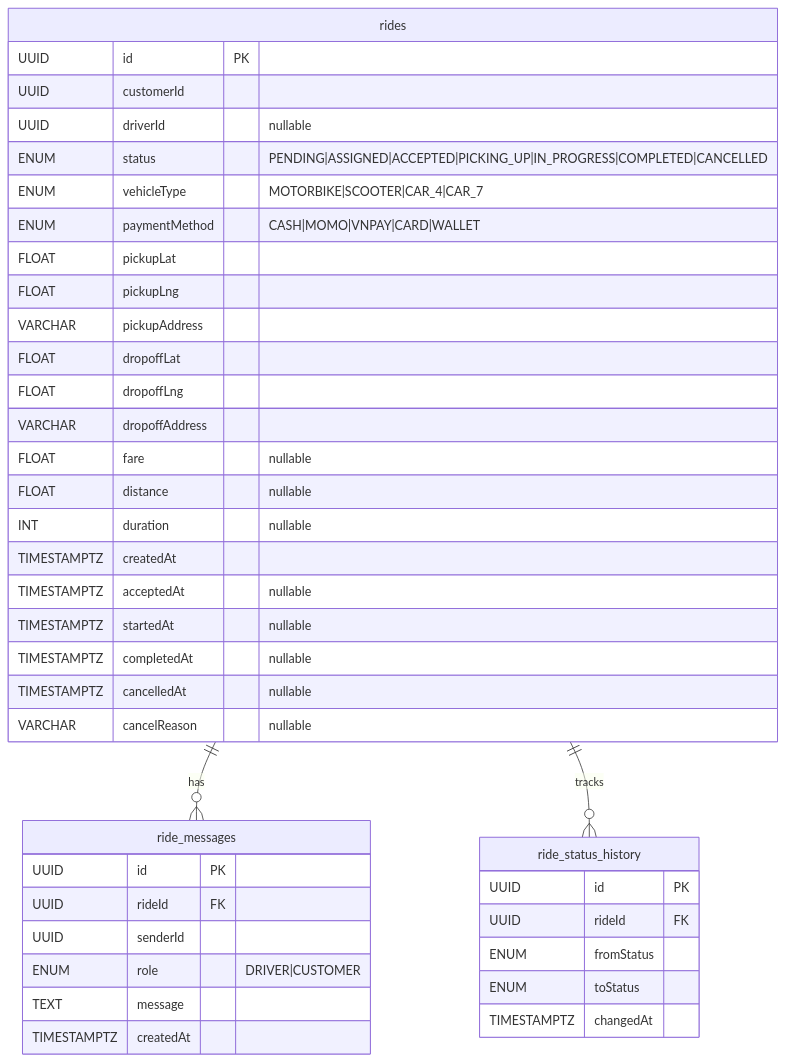
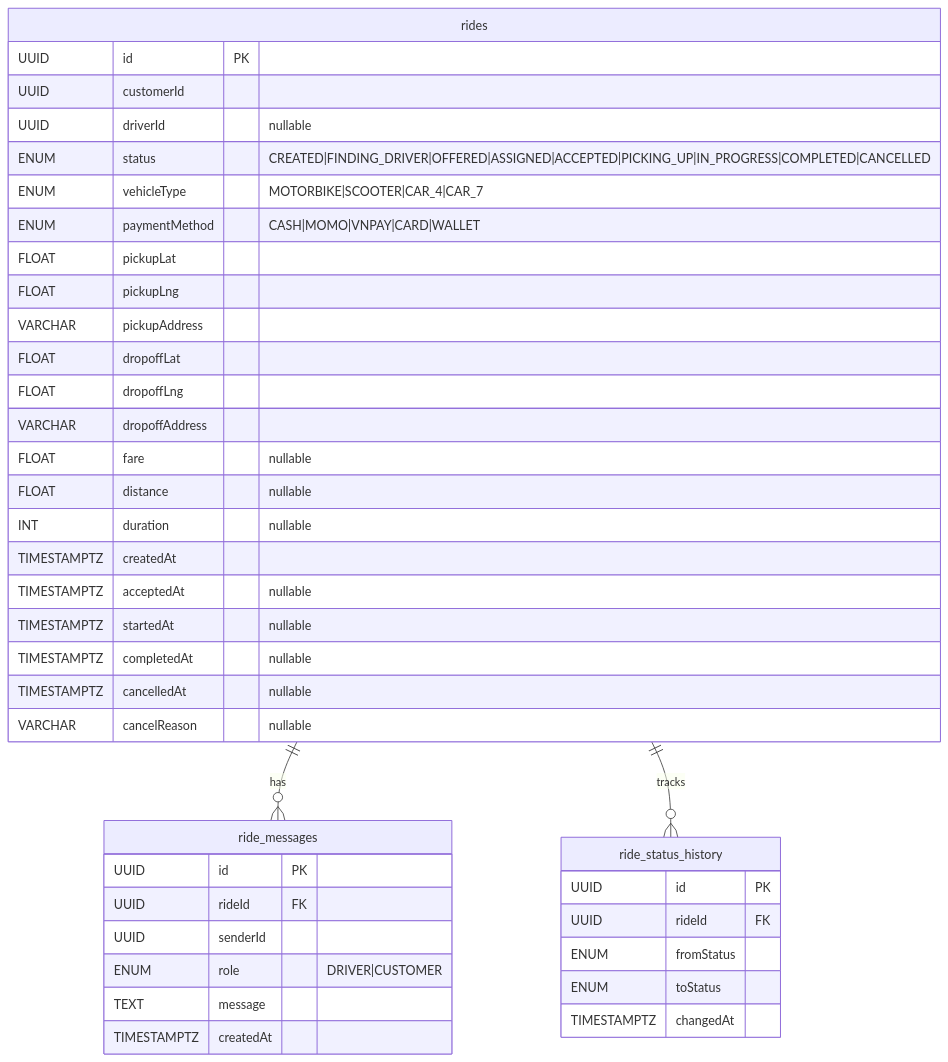
Before and after one commit to foxxiee04/Cab-Booking-System-Project: diagram 13 of 23 in docs/bao-cao-kltn.md, drawn with Mermaid. The commit also changed other lines of this file and 30 other files, not shown here.

````diff
--- a/docs/bao-cao-kltn.md
+++ b/docs/bao-cao-kltn.md
@@ -1148,46 +1452,46 @@
 ```mermaid
 erDiagram
     rides {
         UUID id PK
         UUID customerId
         UUID driverId "nullable"
-        ENUM status "PENDING|ASSIGNED|ACCEPTED|PICKING_UP|IN_PROGRESS|COMPLETED|CANCELLED"
+        ENUM status "CREATED|FINDING_DRIVER|OFFERED|ASSIGNED|ACCEPTED|PICKING_UP|IN_PROGRESS|COMPLETED|CANCELLED"
         ENUM vehicleType "MOTORBIKE|SCOOTER|CAR_4|CAR_7"
         ENUM paymentMethod "CASH|MOMO|VNPAY|CARD|WALLET"
         FLOAT pickupLat
         FLOAT pickupLng
         VARCHAR pickupAddress
         FLOAT dropoffLat
         FLOAT dropoffLng
         VARCHAR dropoffAddress
         FLOAT fare "nullable"
         FLOAT distance "nullable"
         INT duration "nullable"
         TIMESTAMPTZ createdAt
         TIMESTAMPTZ acceptedAt "nullable"
         TIMESTAMPTZ startedAt "nullable"
         TIMESTAMPTZ completedAt "nullable"
         TIMESTAMPTZ cancelledAt "nullable"
         VARCHAR cancelReason "nullable"
     }
 
     ride_messages {
         UUID id PK
         UUID rideId FK
         UUID senderId
         ENUM role "DRIVER|CUSTOMER"
         TEXT message
         TIMESTAMPTZ createdAt
     }
 
     ride_status_history {
         UUID id PK
         UUID rideId FK
         ENUM fromStatus
         ENUM toStatus
         TIMESTAMPTZ changedAt
     }
 
     rides ||--o{ ride_messages : "has"
     rides ||--o{ ride_status_history : "tracks"
 ```
````
